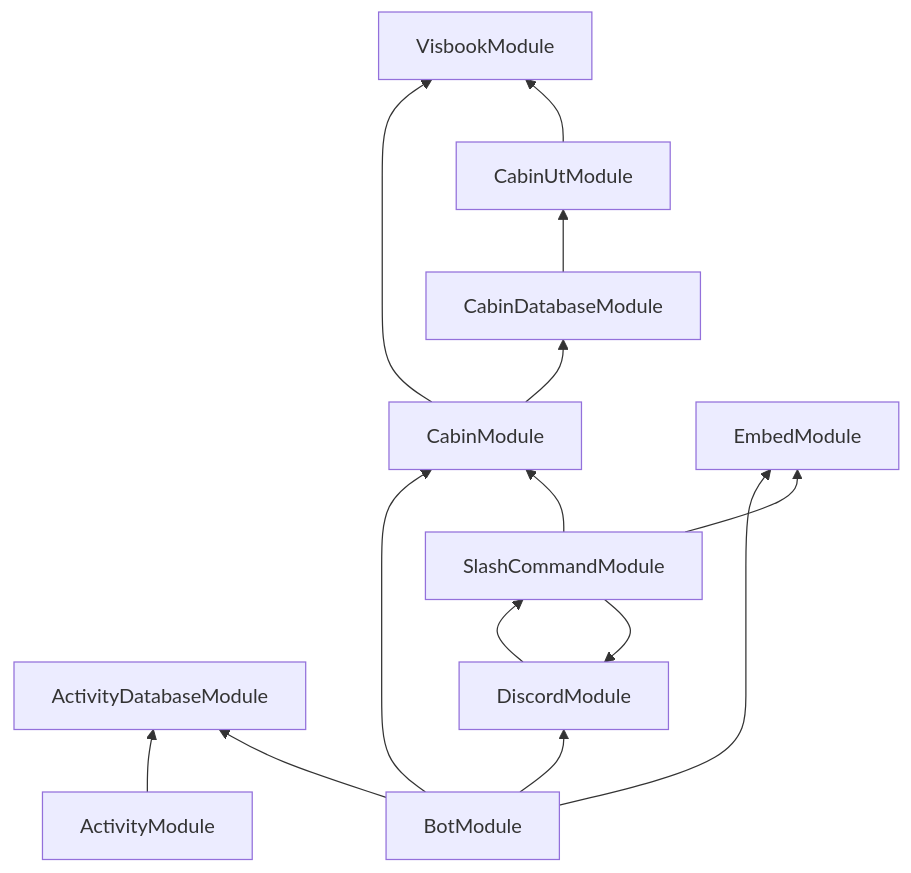
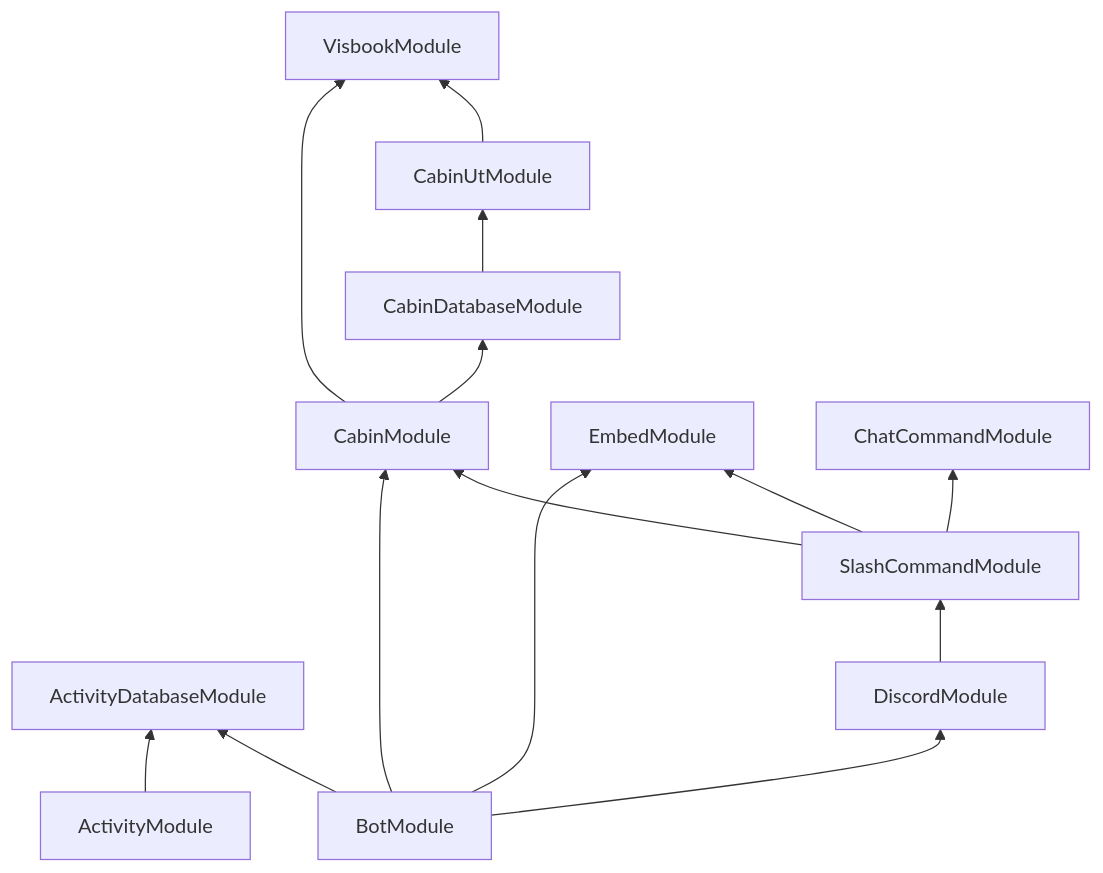
One commit to gingermusketeer/dnt-discord-bot changed the diagram in docs/dev-guide/modules.md. Above: the diagram before and after it, drawn with Mermaid. The commit also changed 6 other files, not shown here.

````diff
--- a/docs/dev-guide/modules.md
+++ b/docs/dev-guide/modules.md
@@ -5,18 +5,18 @@
 ```mermaid
 flowchart BT
 
 ActivityModule --> ActivityDatabaseModule
 BotModule --> ActivityDatabaseModule
 BotModule --> DiscordModule
 BotModule --> CabinModule
 BotModule --> EmbedModule
 CabinModule --> CabinDatabaseModule
 CabinModule --> VisbookModule
 CabinDatabaseModule --> CabinUtModule
 CabinUtModule --> VisbookModule
 DiscordModule --> SlashCommandModule
 EmbedModule
 SlashCommandModule --> CabinModule
-SlashCommandModule --> DiscordModule
+SlashCommandModule --> ChatCommandModule
 SlashCommandModule --> EmbedModule
 ```
````
